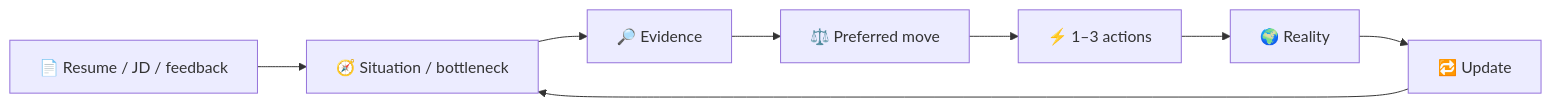
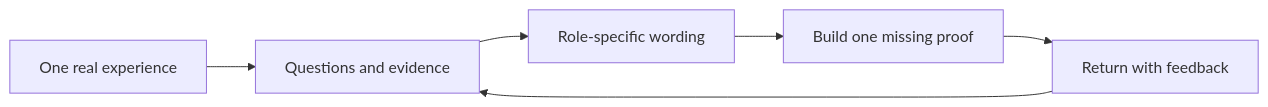
One commit to lavine888/Career-Junshi changed the diagram in README_EN.md. Above: the diagram before and after it, drawn with Mermaid. The commit also changed other lines of this file and 43 other files, not shown here.

````diff
--- a/README_EN.md
+++ b/README_EN.md
@@ -101,10 +111,8 @@
 ```mermaid
 flowchart LR
-    A["📄 Resume / JD / feedback"] --> B["🧭 Situation / bottleneck"]
-    B --> C["🔎 Evidence"]
-    C --> D["⚖️ Preferred move"]
-    D --> E["⚡ 1–3 actions"]
-    E --> F["🌍 Reality"]
-    F --> G["🔁 Update"]
-    G --> B
+    A["One real experience"] --> B["Questions and evidence"]
+    B --> C["Role-specific wording"]
+    C --> D["Build one missing proof"]
+    D --> E["Return with feedback"]
+    E --> B
 ```
````
